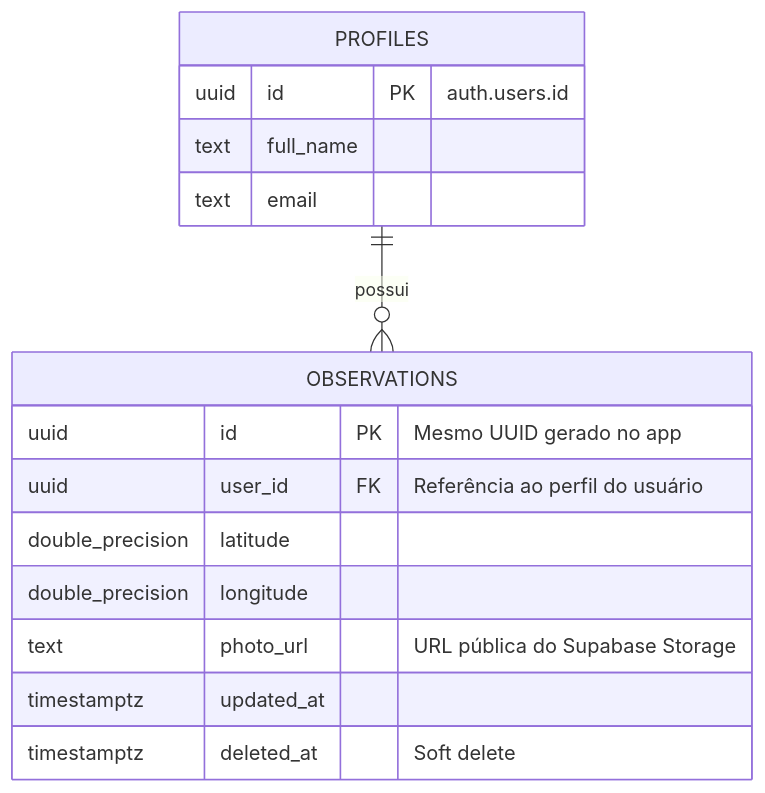
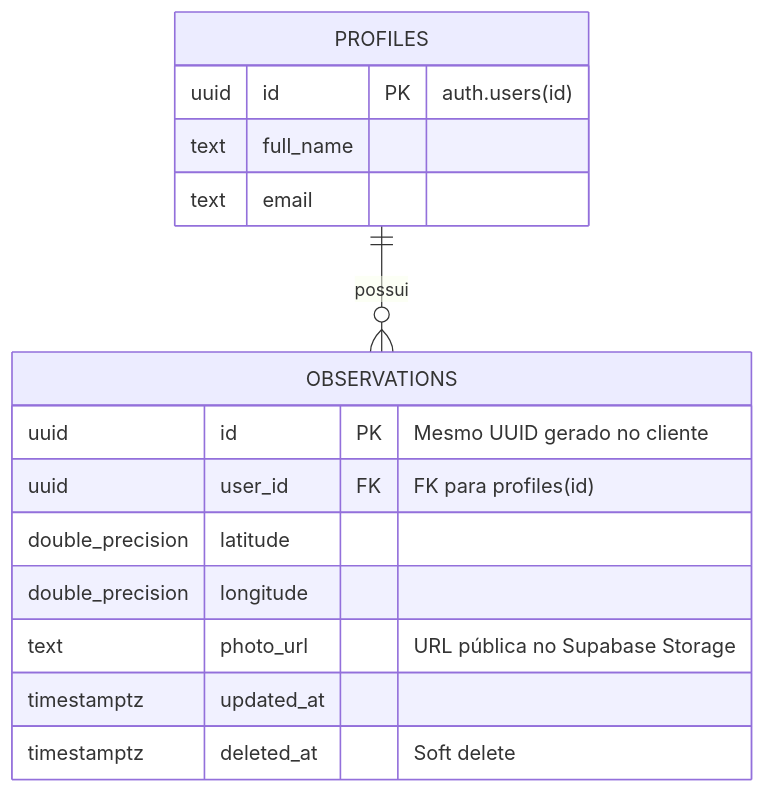
One commit to JoaoPedroScalioni/MOBILEEE changed the fourth of 9 diagrams in docs/documento-software-mobile.md. Above: the diagram before and after it, drawn with Mermaid. The commit also changed other lines of this file and 2 other files, not shown here.

Commit message:
docs: add software engineering and architectural specification document for the mobile application

````diff
--- a/docs/documento-software-mobile.md
+++ b/docs/documento-software-mobile.md
@@ -262,20 +249,20 @@
 ```mermaid
 erDiagram
     PROFILES ||--o{ OBSERVATIONS : possui
 
     PROFILES {
-        uuid id PK "auth.users.id"
+        uuid id PK "auth.users(id)"
         text full_name
         text email
     }
 
     OBSERVATIONS {
-        uuid id PK "Mesmo UUID gerado no app"
-        uuid user_id FK "Referência ao perfil do usuário"
+        uuid id PK "Mesmo UUID gerado no cliente"
+        uuid user_id FK "FK para profiles(id)"
         double_precision latitude
         double_precision longitude
-        text photo_url "URL pública do Supabase Storage"
+        text photo_url "URL pública no Supabase Storage"
         timestamptz updated_at
         timestamptz deleted_at "Soft delete"
     }
 ```
````
